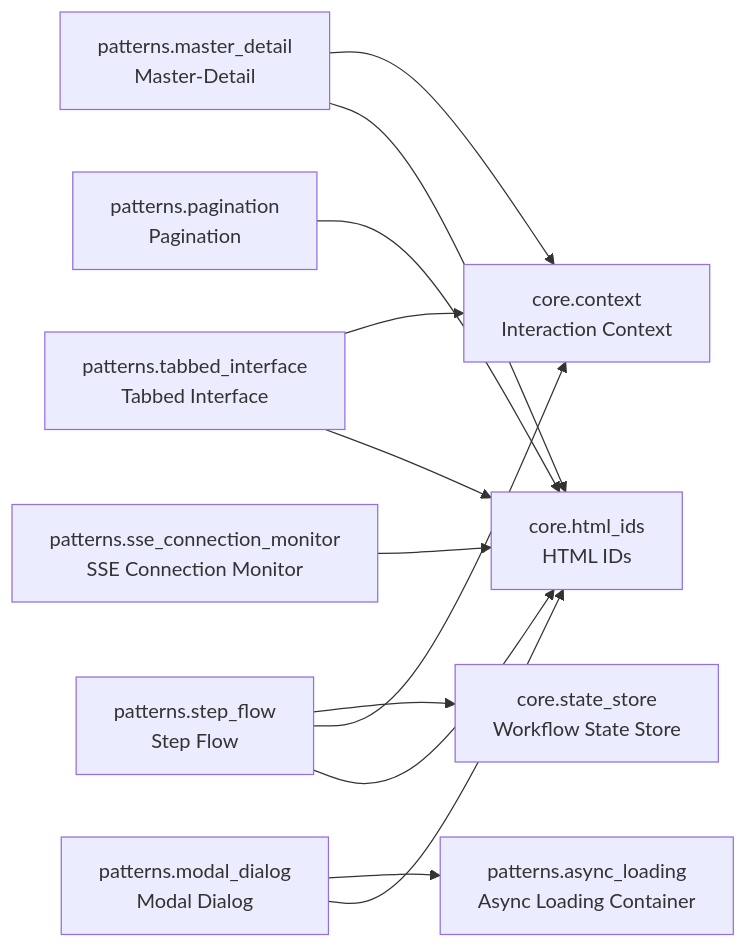
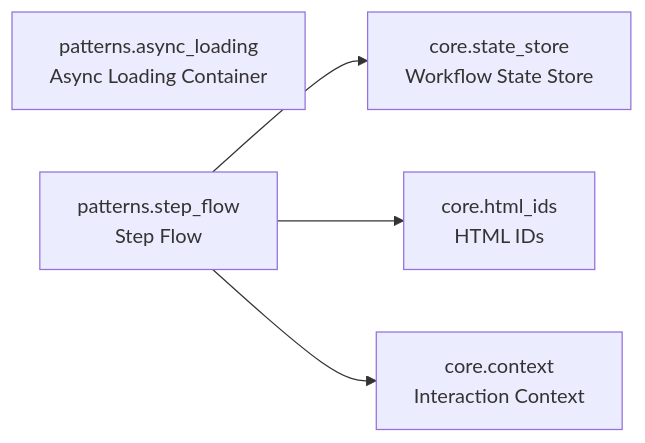
Before and after one commit to cj-mills/cjm-fasthtml-interactions: the diagram in README.md, drawn with Mermaid. The commit also changed other lines of this file and 27 other files, not shown here.

````diff
--- a/README.md
+++ b/README.md
@@ -32,25 +27,12 @@
 ``` mermaid
 graph LR
     core_context[core.context<br/>Interaction Context]
     core_html_ids[core.html_ids<br/>HTML IDs]
     core_state_store[core.state_store<br/>Workflow State Store]
     patterns_async_loading[patterns.async_loading<br/>Async Loading Container]
-    patterns_master_detail[patterns.master_detail<br/>Master-Detail]
-    patterns_modal_dialog[patterns.modal_dialog<br/>Modal Dialog]
-    patterns_pagination[patterns.pagination<br/>Pagination]
-    patterns_sse_connection_monitor[patterns.sse_connection_monitor<br/>SSE Connection Monitor]
     patterns_step_flow[patterns.step_flow<br/>Step Flow]
-    patterns_tabbed_interface[patterns.tabbed_interface<br/>Tabbed Interface]
 
-    patterns_master_detail --> core_context
-    patterns_master_detail --> core_html_ids
-    patterns_modal_dialog --> patterns_async_loading
-    patterns_modal_dialog --> core_html_ids
-    patterns_pagination --> core_html_ids
-    patterns_sse_connection_monitor --> core_html_ids
     patterns_step_flow --> core_state_store
+    patterns_step_flow --> core_html_ids
     patterns_step_flow --> core_context
-    patterns_step_flow --> core_html_ids
-    patterns_tabbed_interface --> core_context
-    patterns_tabbed_interface --> core_html_ids
 ```
````
